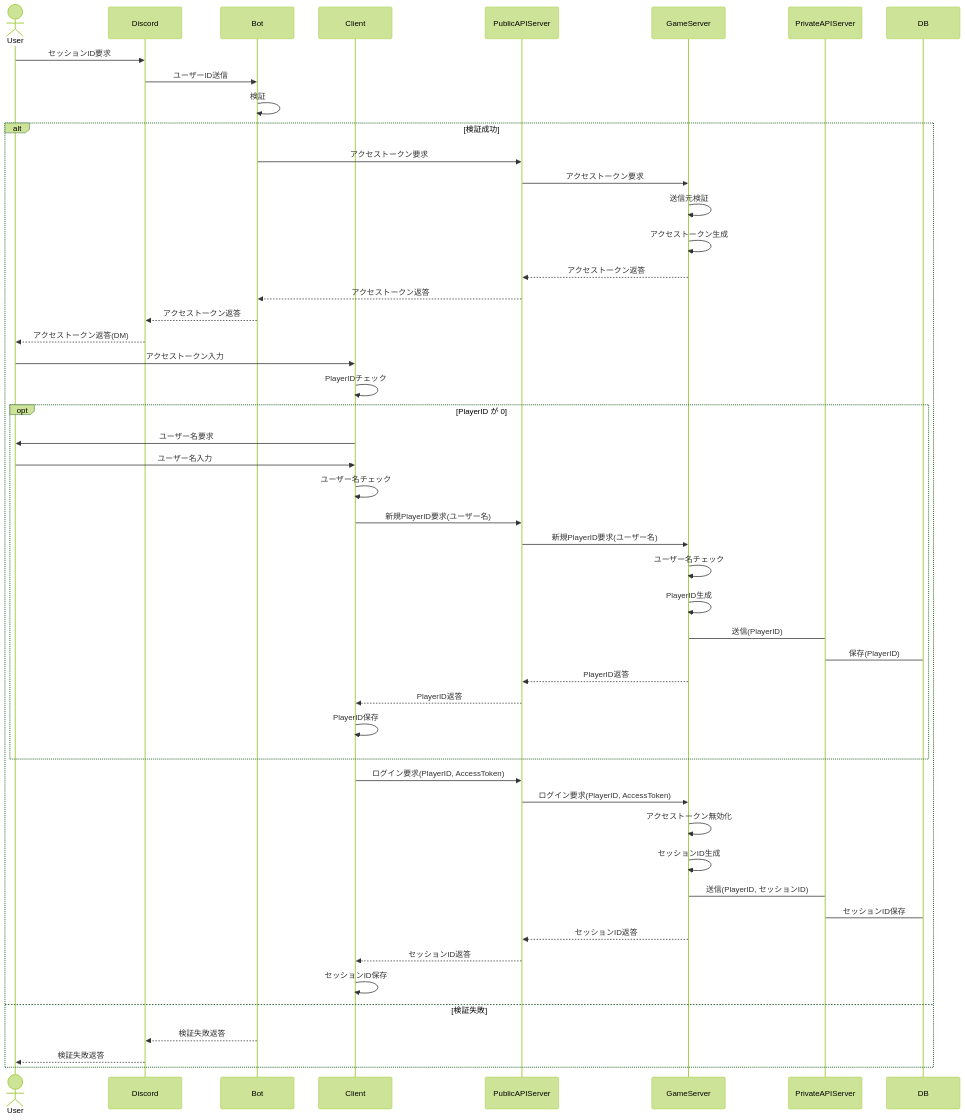
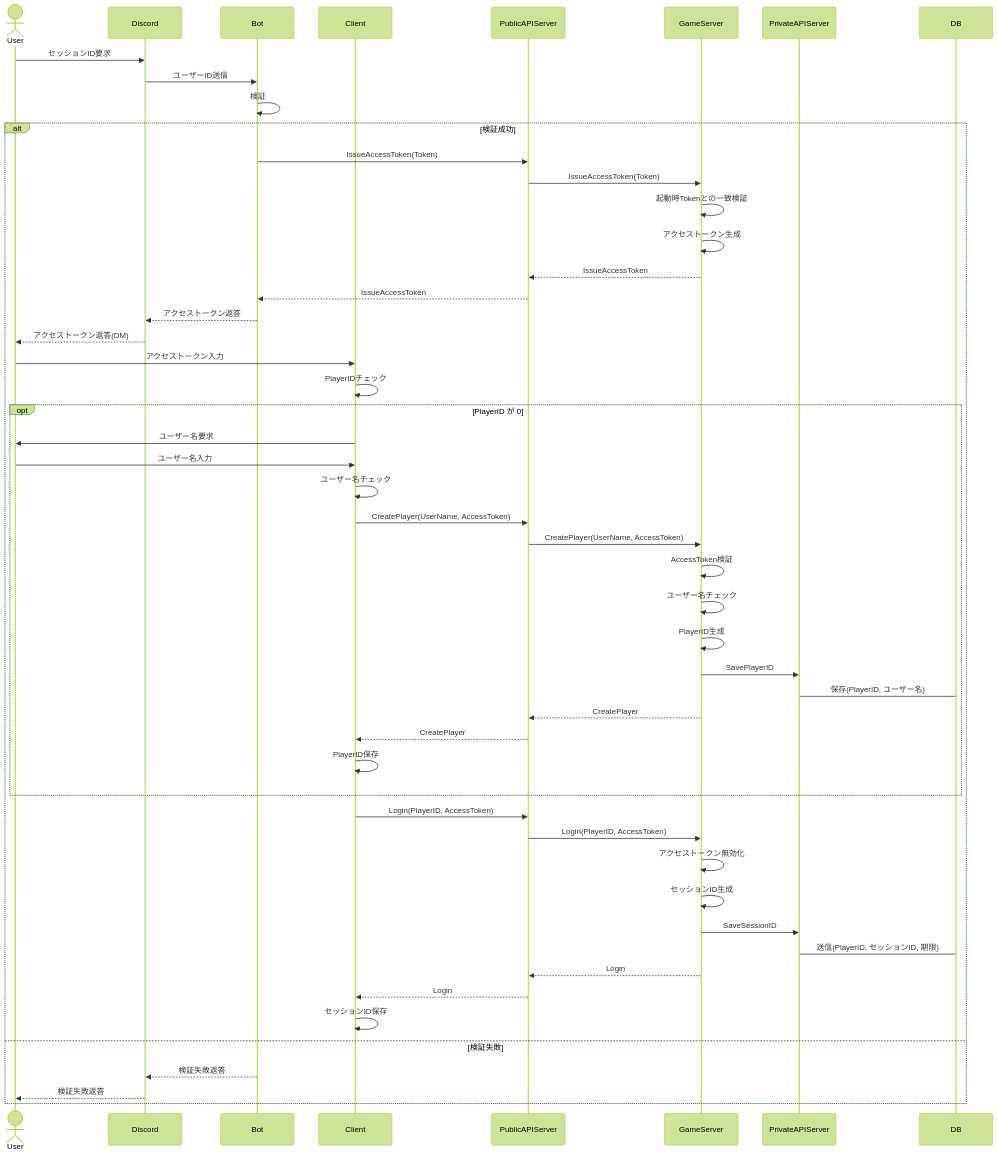
One commit to ReHydrangeaOdyssey/Specifications changed the first of 2 diagrams in session.md. Above: the diagram before and after it, drawn with Mermaid (forest theme). The commit also changed other lines of this file and 15 other files, not shown here.

````diff
--- a/session.md
+++ b/session.md
@@ -20,56 +20,57 @@
 ```mermaid
 sequenceDiagram
     actor User
     participant Discord
     participant Bot
     participant Client
     participant PublicAPIServer
     participant GameServer
     participant PrivateAPIServer
     participant DB
 
     User->>Discord: セッションID要求
     Discord->>Bot: ユーザーID送信
     Bot->>Bot: 検証
 
     alt 検証成功
-        Bot->>PublicAPIServer: アクセストークン要求
-        PublicAPIServer->>GameServer: アクセストークン要求
-        GameServer->>GameServer: 送信元検証
+        Bot->>PublicAPIServer: IssueAccessToken(Token)
+        PublicAPIServer->>GameServer: IssueAccessToken(Token)
+        GameServer->>GameServer: 起動時Tokenとの一致検証
         GameServer->>GameServer: アクセストークン生成
-        GameServer-->>PublicAPIServer: アクセストークン返答
-        PublicAPIServer-->>Bot: アクセストークン返答
+        GameServer-->>PublicAPIServer: IssueAccessToken
+        PublicAPIServer-->>Bot: IssueAccessToken
         Bot-->>Discord: アクセストークン返答
         Discord-->>User: アクセストークン返答(DM)
 
         User->>Client: アクセストークン入力
         Client->>Client: PlayerIDチェック
         opt PlayerID が 0
             Client->>User: ユーザー名要求
             User->>Client: ユーザー名入力
             Client->>Client: ユーザー名チェック
-            Client->>PublicAPIServer: 新規PlayerID要求(ユーザー名)
-            PublicAPIServer->>GameServer: 新規PlayerID要求(ユーザー名)
+            Client->>PublicAPIServer: CreatePlayer(UserName, AccessToken)
+            PublicAPIServer->>GameServer: CreatePlayer(UserName, AccessToken)
+            GameServer->>GameServer: AccessToken検証
             GameServer->>GameServer: ユーザー名チェック
             GameServer->>GameServer: PlayerID生成
-            GameServer->PrivateAPIServer: 送信(PlayerID)
-            PrivateAPIServer->DB: 保存(PlayerID)
-            GameServer-->>PublicAPIServer: PlayerID返答
-            PublicAPIServer-->>Client: PlayerID返答
+            GameServer->>PrivateAPIServer: SavePlayerID
+            PrivateAPIServer->DB: 保存(PlayerID, ユーザー名)
+            GameServer-->>PublicAPIServer: CreatePlayer
+            PublicAPIServer-->>Client: CreatePlayer
             Client->>Client: PlayerID保存
         end
 
-        Client->>PublicAPIServer: ログイン要求(PlayerID, AccessToken) 
-        PublicAPIServer->>GameServer: ログイン要求(PlayerID, AccessToken) 
+        Client->>PublicAPIServer: Login(PlayerID, AccessToken) 
+        PublicAPIServer->>GameServer: Login(PlayerID, AccessToken) 
         GameServer->>GameServer: アクセストークン無効化
         GameServer->>GameServer: セッションID生成
-        GameServer->PrivateAPIServer: 送信(PlayerID, セッションID)
-        PrivateAPIServer->DB: セッションID保存
-        GameServer-->>PublicAPIServer: セッションID返答
-        PublicAPIServer-->>Client: セッションID返答    
+        GameServer->>PrivateAPIServer: SaveSessionID
+        PrivateAPIServer->DB: 送信(PlayerID, セッションID, 期限)
+        GameServer-->>PublicAPIServer: Login
+        PublicAPIServer-->>Client: Login    
         Client->>Client: セッションID保存
     else 検証失敗
         Bot-->>Discord: 検証失敗返答
         Discord-->>User: 検証失敗返答
     end
 ```
````
